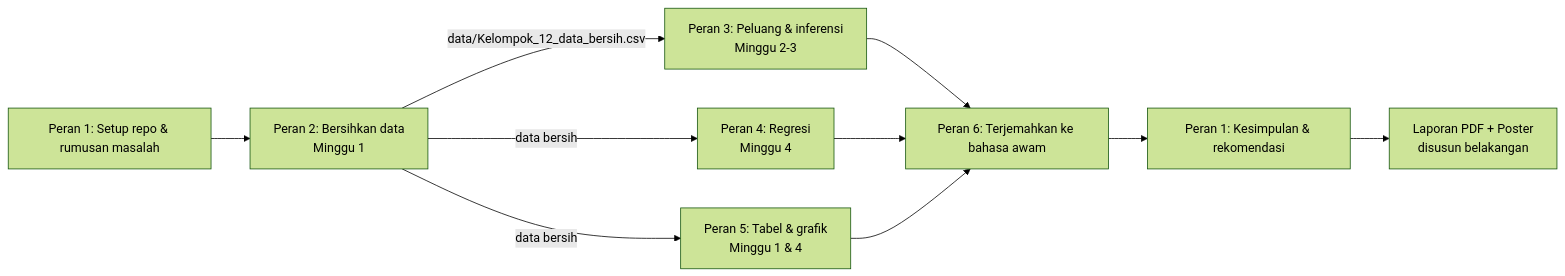
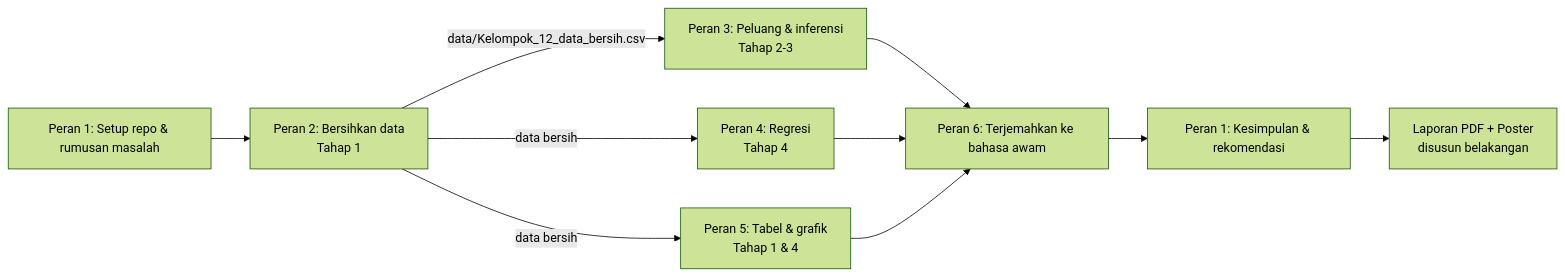
The diagram in README.md (Tur-ai/udara-mobilitas-statsprob), drawn with Mermaid (forest theme) before and after one commit. The commit also changed other lines of this file and 20 other files, not shown here.

````diff
--- a/README.md
+++ b/README.md
@@ -69,12 +83,12 @@
 ```mermaid
 flowchart LR
-    L[Peran 1: Setup repo & rumusan masalah] --> D[Peran 2: Bersihkan data<br/>Minggu 1]
-    D -->|data/Kelompok_12_data_bersih.csv| P[Peran 3: Peluang & inferensi<br/>Minggu 2-3]
-    D -->|data bersih| R[Peran 4: Regresi<br/>Minggu 4]
-    D -->|data bersih| V[Peran 5: Tabel & grafik<br/>Minggu 1 & 4]
+    L[Peran 1: Setup repo & rumusan masalah] --> D[Peran 2: Bersihkan data<br/>Tahap 1]
+    D -->|data/Kelompok_12_data_bersih.csv| P[Peran 3: Peluang & inferensi<br/>Tahap 2-3]
+    D -->|data bersih| R[Peran 4: Regresi<br/>Tahap 4]
+    D -->|data bersih| V[Peran 5: Tabel & grafik<br/>Tahap 1 & 4]
     P --> W[Peran 6: Terjemahkan ke bahasa awam]
     R --> W
     V --> W
     W --> L2[Peran 1: Kesimpulan & rekomendasi]
     L2 --> OUT[Laporan PDF + Poster<br/>disusun belakangan]
 ```
````
